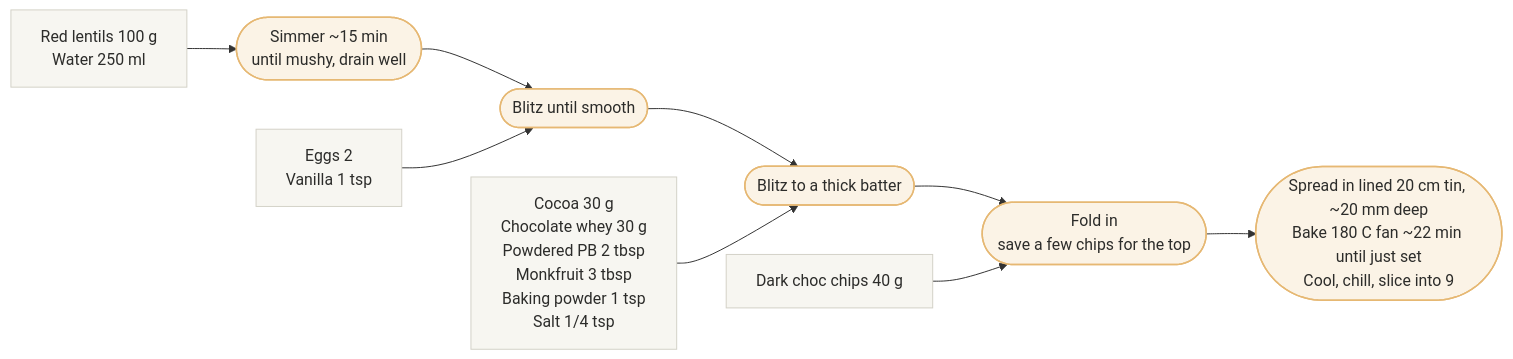
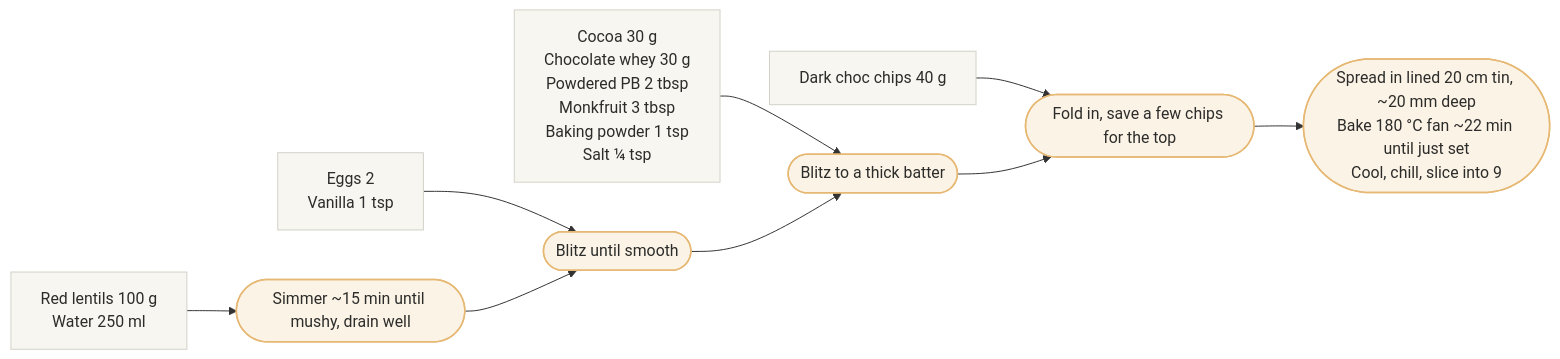
One commit to joebywan/recipes changed the diagram in recipes/red-lentil-protein-brownies.md. Above: the diagram before and after it, drawn with Mermaid. The commit also changed other lines of this file and 7 other files, not shown here.

First line of the commit message:
Render recipes from YAML into engineer's-format SVG charts (#4)

````diff
--- a/recipes/red-lentil-protein-brownies.md
+++ b/recipes/red-lentil-protein-brownies.md
@@ -12,21 +21,25 @@
 ```mermaid
 flowchart LR
-  L["Red lentils 100 g<br>Water 250 ml"]:::mat
-  E["Eggs 2<br>Vanilla 1 tsp"]:::mat
-  D["Cocoa 30 g<br>Chocolate whey 30 g<br>Powdered PB 2 tbsp<br>Monkfruit 3 tbsp<br>Baking powder 1 tsp<br>Salt 1/4 tsp"]:::mat
-  C["Dark choc chips 40 g"]:::mat
+  simmer_in["Red lentils 100 g<br>Water 250 ml"]:::mat
+  blitz_in["Eggs 2<br>Vanilla 1 tsp"]:::mat
+  batter_in["Cocoa 30 g<br>Chocolate whey 30 g<br>Powdered PB 2 tbsp<br>Monkfruit 3 tbsp<br>Baking powder 1 tsp<br>Salt ¼ tsp"]:::mat
+  fold_in["Dark choc chips 40 g"]:::mat
 
-  S(["Simmer ~15 min<br>until mushy, drain well"]):::act
-  B1(["Blitz until smooth"]):::act
-  B2(["Blitz to a thick batter"]):::act
-  F(["Fold in<br>save a few chips for the top"]):::act
-  K(["Spread in lined 20 cm tin, ~20 mm deep<br>Bake 180 C fan ~22 min until just set<br>Cool, chill, slice into 9"]):::act
+  simmer(["Simmer ~15 min until mushy, drain well"]):::act
+  blitz(["Blitz until smooth"]):::act
+  batter(["Blitz to a thick batter"]):::act
+  fold(["Fold in, save a few chips for the top"]):::act
+  bake(["Spread in lined 20 cm tin, ~20 mm deep<br>Bake 180 °C fan ~22 min until just set<br>Cool, chill, slice into 9"]):::act
 
-  L --> S --> B1 --> B2 --> F --> K
-  E --> B1
-  D --> B2
-  C --> F
+  simmer_in --> simmer
+  blitz_in --> blitz
+  simmer --> blitz
+  batter_in --> batter
+  blitz --> batter
+  fold_in --> fold
+  batter --> fold
+  fold --> bake
 
   classDef mat fill:#f7f6f1,stroke:#d3d1c7,stroke-width:1px,color:#2c2c2a
   classDef act fill:#fbf3e6,stroke:#e6b873,stroke-width:1.5px,color:#2c2c2a
 ```
````
